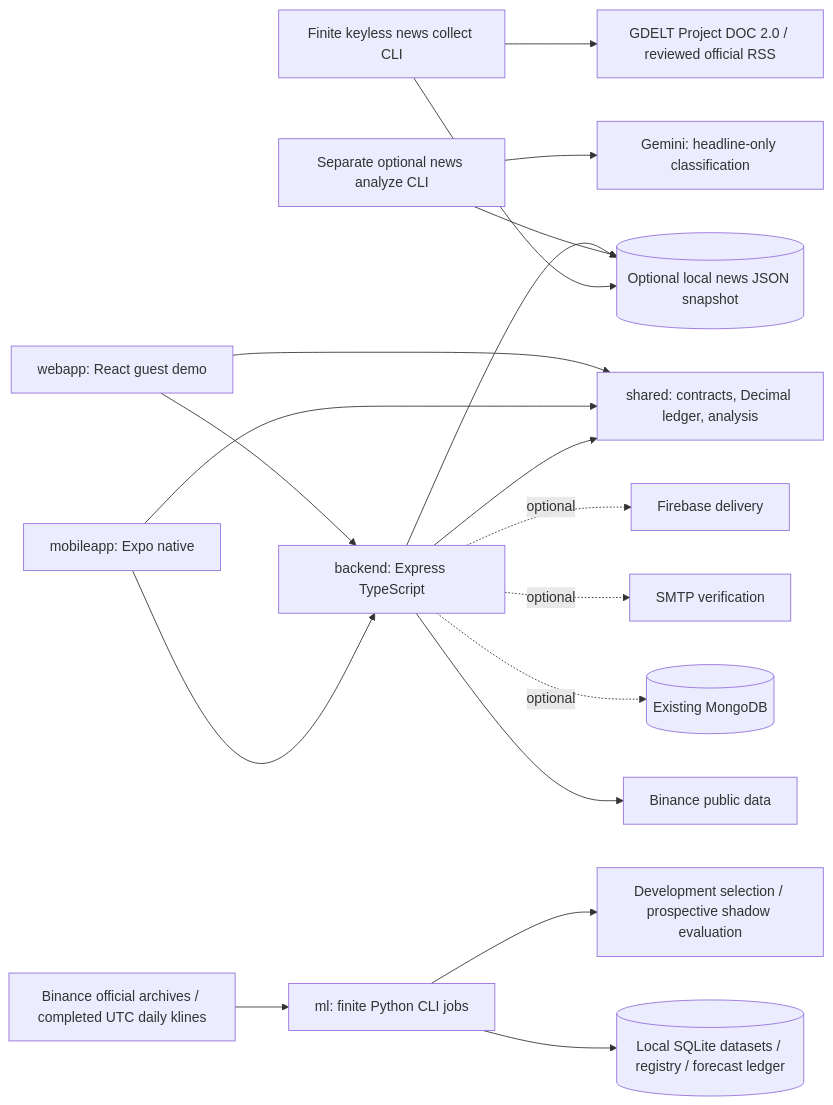
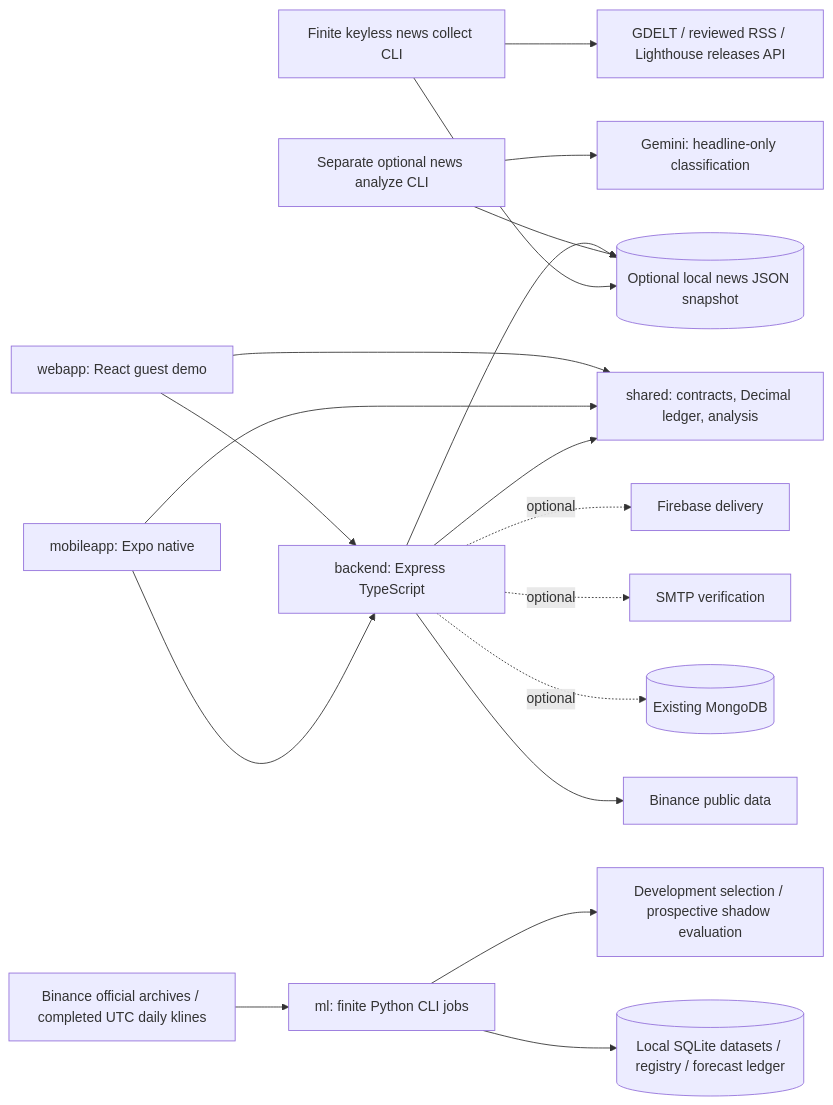
Before and after one commit to GorkemErtas/Investing-Hub: the diagram in docs/ARCHITECTURE.md, drawn with Mermaid. The commit also changed other lines of this file and 8 other files, not shown here.

Commit message:
docs(news): record keyless workflow and live Research Lab verification

````diff
--- a/docs/ARCHITECTURE.md
+++ b/docs/ARCHITECTURE.md
@@ -5,20 +5,20 @@
 ```mermaid
 flowchart LR
   Web[webapp: React guest demo] --> API[backend: Express TypeScript]
   Mobile[mobileapp: Expo native] --> API
   Web --> Shared[shared: contracts, Decimal ledger, analysis]
   Mobile --> Shared
   API --> Shared
   API --> Market[Binance public data]
   API --> NewsCache[(Optional local news JSON snapshot)]
-  NewsCLI[Finite keyless news collect CLI] --> Sources[GDELT Project DOC 2.0 / reviewed official RSS]
+  NewsCLI[Finite keyless news collect CLI] --> Sources[GDELT / reviewed RSS / Lighthouse releases API]
   Analyze[Separate optional news analyze CLI] --> Gemini[Gemini: headline-only classification]
   Analyze --> NewsCache
   NewsCLI --> NewsCache
   API -. optional .-> Mongo[(Existing MongoDB)]
   API -. optional .-> Mail[SMTP verification]
   API -. optional .-> FCM[Firebase delivery]
   Binance[Binance official archives / completed UTC daily klines] --> CLI[ml: finite Python CLI jobs]
   CLI --> Local[(Local SQLite datasets / registry / forecast ledger)]
   CLI --> Reports[Development selection / prospective shadow evaluation]
 ```
````
